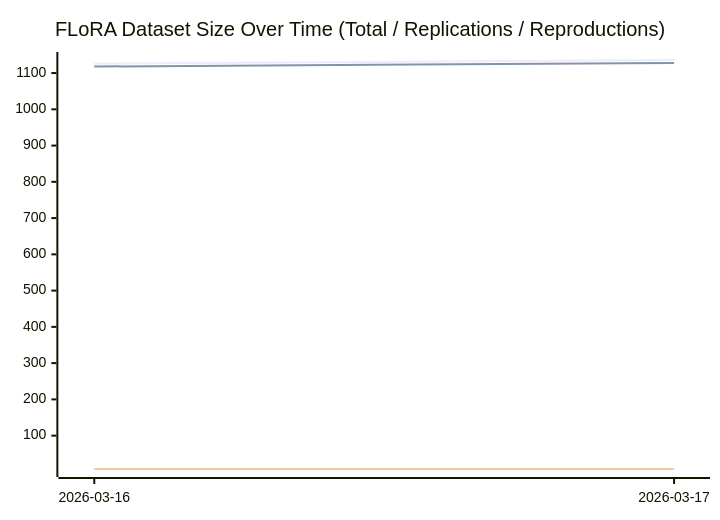
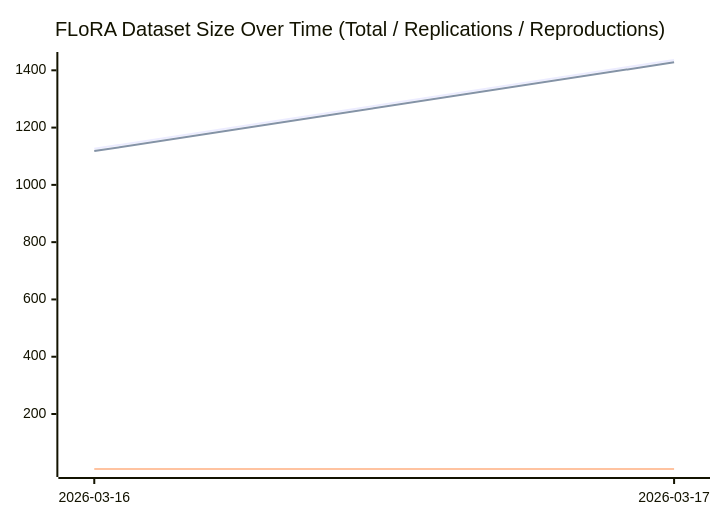
The diagram in README.md (forrtproject/fred-data), drawn with Mermaid before and after one commit. The commit also changed other lines of this file and 1 other file, not shown here.

Commit message:
Fix README chart parser bug and add dynamic legend
Fix greedy regex in positional line parser that caused existing values
to parse as NA. Add dynamic legend below chart showing latest counts
instead of fragile positional labels.

````diff
--- a/README.md
+++ b/README.md
@@ -441,8 +441,8 @@
 ```mermaid
 xychart-beta
     title "FLoRA Dataset Size Over Time (Total / Replications / Reproductions)"
     x-axis ["2026-03-16", "2026-03-17"]
-    line [1126, 1136]
-    line [1118, 1128]
+    line [1126, 1436]
+    line [1118, 1428]
     line [8, 8]
 ```
````
